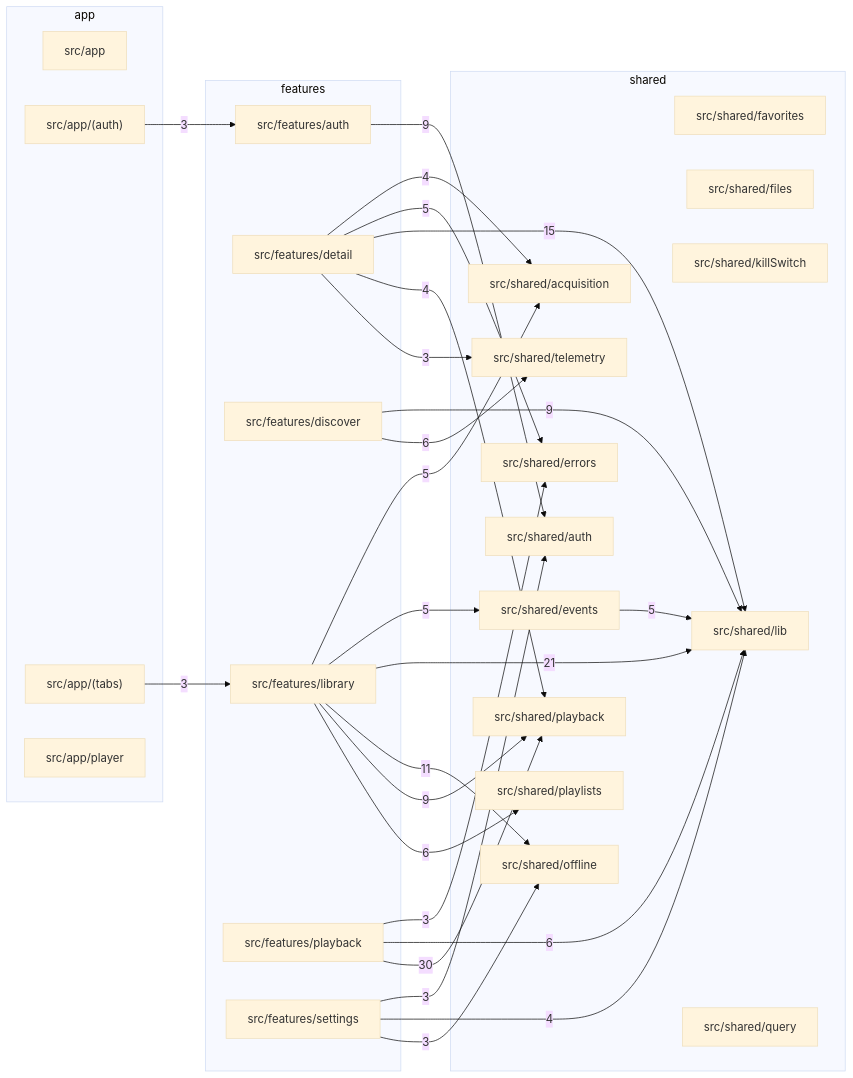
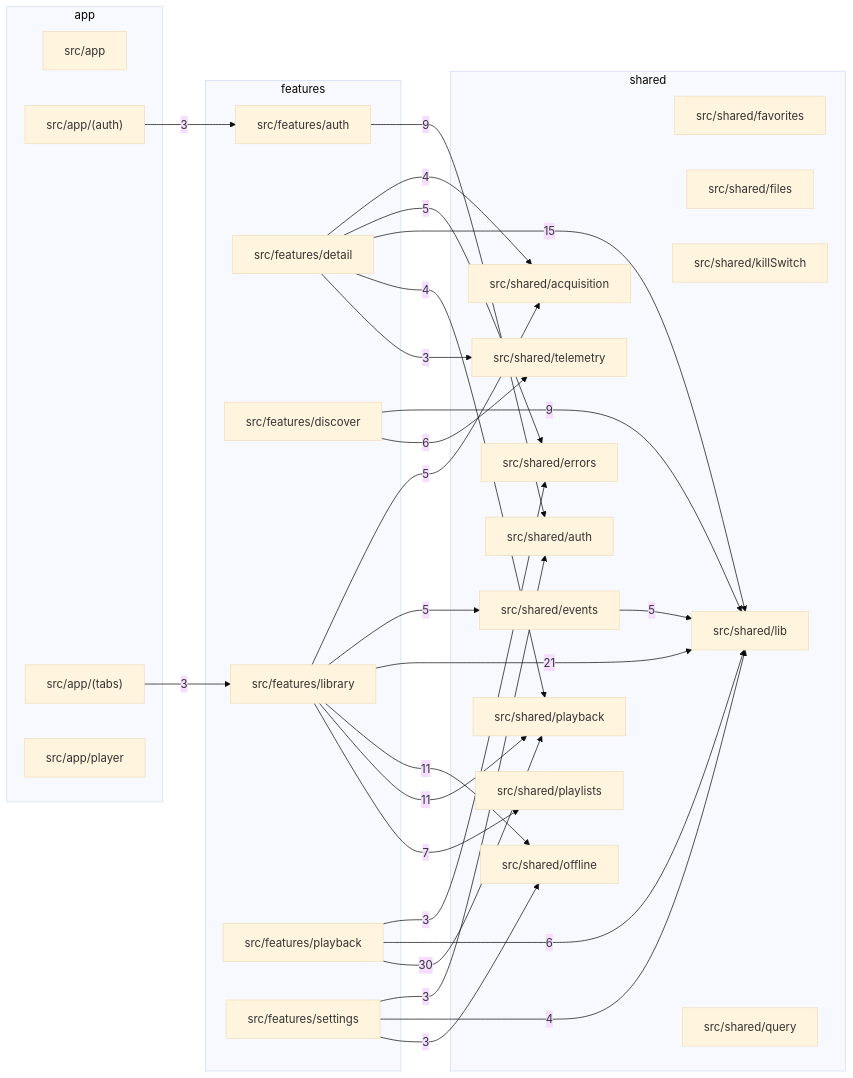
Before and after one commit to aleburrascano/altune: the third of 3 diagrams in docs/architecture.md, drawn with Mermaid (base theme). The commit also changed 6 other files, not shown here.

````diff
--- a/docs/architecture.md
+++ b/docs/architecture.md
@@ -68,55 +68,55 @@
 ```mermaid
 flowchart LR
   subgraph app
     apps_mobile_src_app["src/app"]
     apps_mobile_src_app__auth_["src/app/(auth)"]
     apps_mobile_src_app__tabs_["src/app/(tabs)"]
     apps_mobile_src_app_player["src/app/player"]
   end
   subgraph features
     apps_mobile_src_features_auth["src/features/auth"]
     apps_mobile_src_features_detail["src/features/detail"]
     apps_mobile_src_features_discover["src/features/discover"]
     apps_mobile_src_features_library["src/features/library"]
     apps_mobile_src_features_playback["src/features/playback"]
     apps_mobile_src_features_settings["src/features/settings"]
   end
   subgraph shared
     apps_mobile_src_shared_acquisition["src/shared/acquisition"]
     apps_mobile_src_shared_auth["src/shared/auth"]
     apps_mobile_src_shared_errors["src/shared/errors"]
     apps_mobile_src_shared_events["src/shared/events"]
     apps_mobile_src_shared_favorites["src/shared/favorites"]
     apps_mobile_src_shared_files["src/shared/files"]
     apps_mobile_src_shared_killSwitch["src/shared/killSwitch"]
     apps_mobile_src_shared_lib["src/shared/lib"]
     apps_mobile_src_shared_offline["src/shared/offline"]
     apps_mobile_src_shared_playback["src/shared/playback"]
     apps_mobile_src_shared_playlists["src/shared/playlists"]
     apps_mobile_src_shared_query["src/shared/query"]
     apps_mobile_src_shared_telemetry["src/shared/telemetry"]
   end
   apps_mobile_src_app__auth_ -->|3| apps_mobile_src_features_auth
   apps_mobile_src_app__tabs_ -->|3| apps_mobile_src_features_library
   apps_mobile_src_features_auth -->|9| apps_mobile_src_shared_auth
   apps_mobile_src_features_detail -->|4| apps_mobile_src_shared_acquisition
   apps_mobile_src_features_detail -->|5| apps_mobile_src_shared_errors
   apps_mobile_src_features_detail -->|15| apps_mobile_src_shared_lib
   apps_mobile_src_features_detail -->|4| apps_mobile_src_shared_playback
   apps_mobile_src_features_detail -->|3| apps_mobile_src_shared_telemetry
   apps_mobile_src_features_discover -->|9| apps_mobile_src_shared_lib
   apps_mobile_src_features_discover -->|6| apps_mobile_src_shared_telemetry
   apps_mobile_src_features_library -->|5| apps_mobile_src_shared_acquisition
   apps_mobile_src_features_library -->|5| apps_mobile_src_shared_events
   apps_mobile_src_features_library -->|21| apps_mobile_src_shared_lib
   apps_mobile_src_features_library -->|11| apps_mobile_src_shared_offline
-  apps_mobile_src_features_library -->|9| apps_mobile_src_shared_playback
-  apps_mobile_src_features_library -->|6| apps_mobile_src_shared_playlists
+  apps_mobile_src_features_library -->|11| apps_mobile_src_shared_playback
+  apps_mobile_src_features_library -->|7| apps_mobile_src_shared_playlists
   apps_mobile_src_features_playback -->|3| apps_mobile_src_shared_errors
   apps_mobile_src_features_playback -->|6| apps_mobile_src_shared_lib
   apps_mobile_src_features_playback -->|30| apps_mobile_src_shared_playback
   apps_mobile_src_features_settings -->|3| apps_mobile_src_shared_auth
   apps_mobile_src_features_settings -->|4| apps_mobile_src_shared_lib
   apps_mobile_src_features_settings -->|3| apps_mobile_src_shared_offline
   apps_mobile_src_shared_events -->|5| apps_mobile_src_shared_lib
 ```
````
